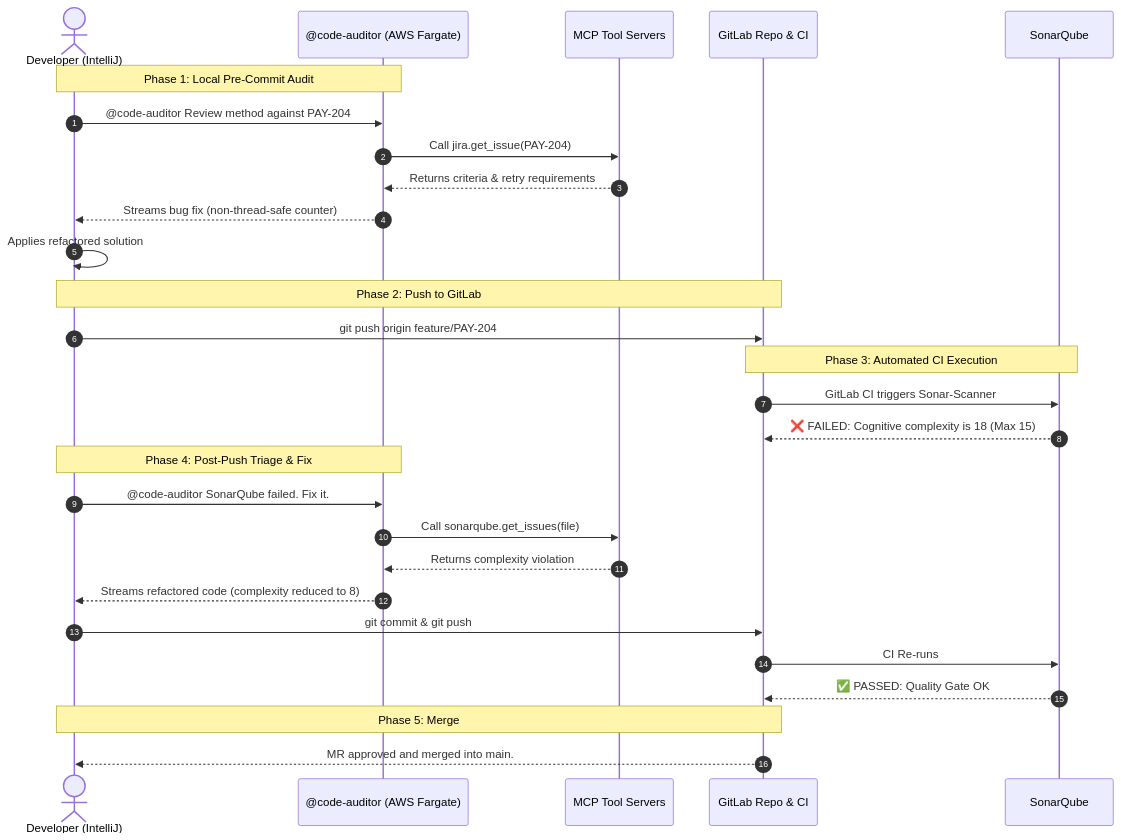
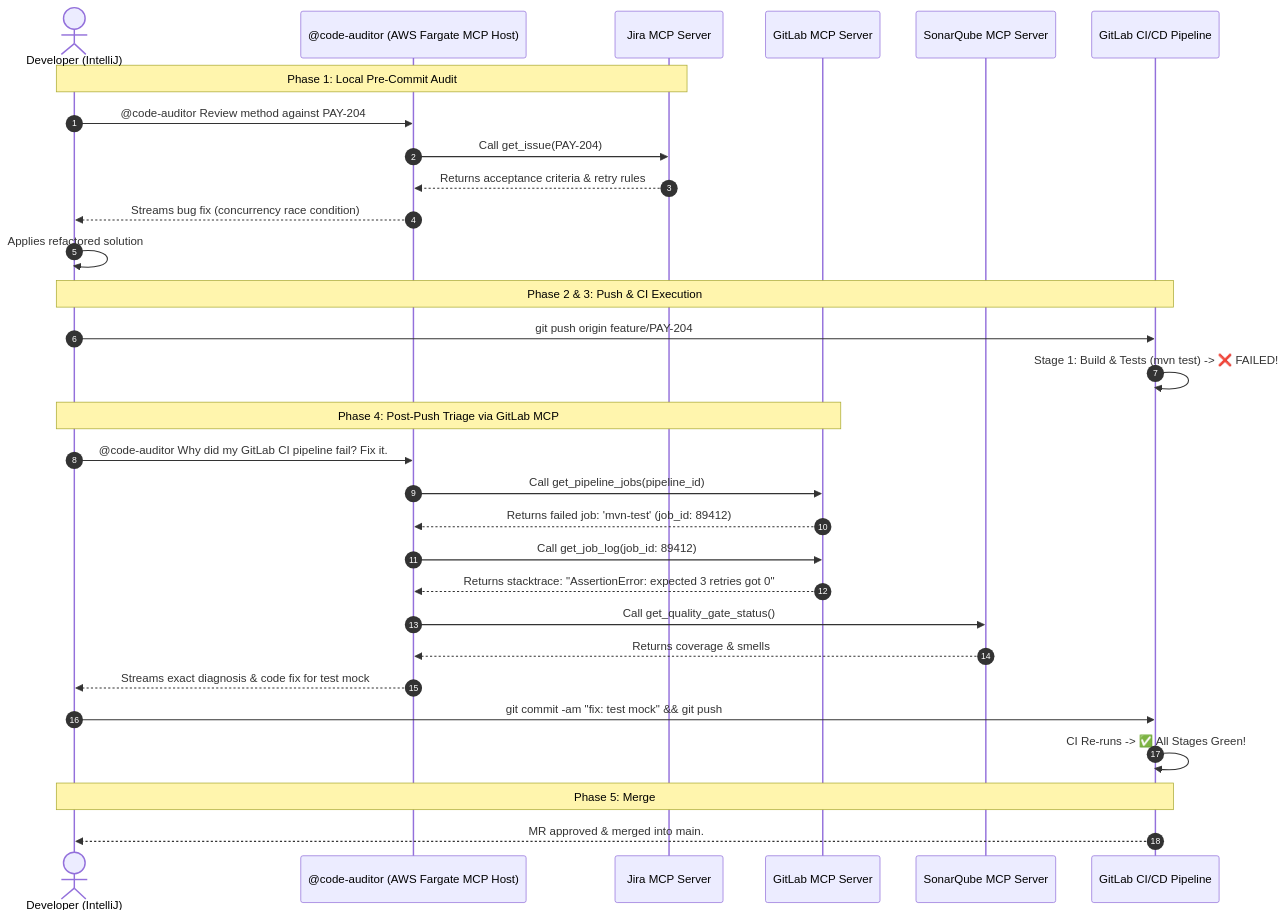
The second of 3 diagrams in ENTERPRISE_MCP_CODE_AUDITOR.md (AtulKumarKatiyar/secure-rag-assistant), drawn with Mermaid before and after one commit. The commit also changed other lines of this file, not shown here.

Commit message:
commit changes done by codex

````diff
--- a/ENTERPRISE_MCP_CODE_AUDITOR.md
+++ b/ENTERPRISE_MCP_CODE_AUDITOR.md
@@ -135,35 +182,36 @@
 ```mermaid
 sequenceDiagram
     autonumber
     actor Dev as Developer (IntelliJ)
-    participant Agent as @code-auditor (AWS Fargate)
-    participant MCP as MCP Tool Servers
-    participant GL as GitLab Repo & CI
-    participant Sonar as SonarQube
+    participant Agent as @code-auditor (AWS Fargate MCP Host)
+    participant JiraMCP as Jira MCP Server
+    participant GLMCP as GitLab MCP Server
+    participant SonarMCP as SonarQube MCP Server
+    participant GLCI as GitLab CI/CD Pipeline
 
-    Note over Dev, Agent: Phase 1: Local Pre-Commit Audit
+    Note over Dev, JiraMCP: Phase 1: Local Pre-Commit Audit
     Dev->>Agent: @code-auditor Review method against PAY-204
-    Agent->>MCP: Call jira.get_issue(PAY-204)
-    MCP-->>Agent: Returns criteria & retry requirements
-    Agent-->>Dev: Streams bug fix (non-thread-safe counter)
+    Agent->>JiraMCP: Call get_issue(PAY-204)
+    JiraMCP-->>Agent: Returns acceptance criteria & retry rules
+    Agent-->>Dev: Streams bug fix (concurrency race condition)
     Dev->>Dev: Applies refactored solution
 
-    Note over Dev, GL: Phase 2: Push to GitLab
-    Dev->>GL: git push origin feature/PAY-204
+    Note over Dev, GLCI: Phase 2 & 3: Push & CI Execution
+    Dev->>GLCI: git push origin feature/PAY-204
+    GLCI->>GLCI: Stage 1: Build & Tests (mvn test) -> ❌ FAILED!
 
-    Note over GL, Sonar: Phase 3: Automated CI Execution
-    GL->>Sonar: GitLab CI triggers Sonar-Scanner
-    Sonar-->>GL: ❌ FAILED: Cognitive complexity is 18 (Max 15)
+    Note over Dev, GLMCP: Phase 4: Post-Push Triage via GitLab MCP
+    Dev->>Agent: @code-auditor Why did my GitLab CI pipeline fail? Fix it.
+    Agent->>GLMCP: Call get_pipeline_jobs(pipeline_id)
+    GLMCP-->>Agent: Returns failed job: 'mvn-test' (job_id: 89412)
+    Agent->>GLMCP: Call get_job_log(job_id: 89412)
+    GLMCP-->>Agent: Returns stacktrace: "AssertionError: expected 3 retries got 0"
+    Agent->>SonarMCP: Call get_quality_gate_status()
+    SonarMCP-->>Agent: Returns coverage & smells
+    Agent-->>Dev: Streams exact diagnosis & code fix for test mock
+    Dev->>GLCI: git commit -am "fix: test mock" && git push
+    GLCI->>GLCI: CI Re-runs -> ✅ All Stages Green!
 
-    Note over Dev, Agent: Phase 4: Post-Push Triage & Fix
-    Dev->>Agent: @code-auditor SonarQube failed. Fix it.
-    Agent->>MCP: Call sonarqube.get_issues(file)
-    MCP-->>Agent: Returns complexity violation
-    Agent-->>Dev: Streams refactored code (complexity reduced to 8)
-    Dev->>GL: git commit & git push
-    GL->>Sonar: CI Re-runs
-    Sonar-->>GL: ✅ PASSED: Quality Gate OK
-
-    Note over Dev, GL: Phase 5: Merge
-    GL-->>Dev: MR approved and merged into main.
+    Note over Dev, GLCI: Phase 5: Merge
+    GLCI-->>Dev: MR approved & merged into main.
 ```
````
